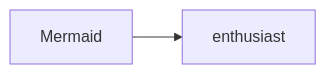
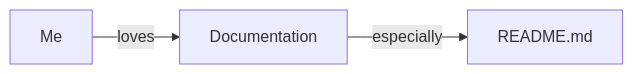
One commit to NikhilMath/NikhilMath changed the diagram in README.md. Above: the diagram before and after it, drawn with Mermaid. The commit also changed other lines of this file, not shown here.

First line of the commit message:
Focus profile README on documentation and personal website

````diff
--- a/README.md
+++ b/README.md
@@ -3,4 +5,5 @@
 ```mermaid
 flowchart LR
-    Mermaid --> enthusiast
+    Me -- loves --> Documentation
+    Documentation -- especially --> README.md
 ```
````
